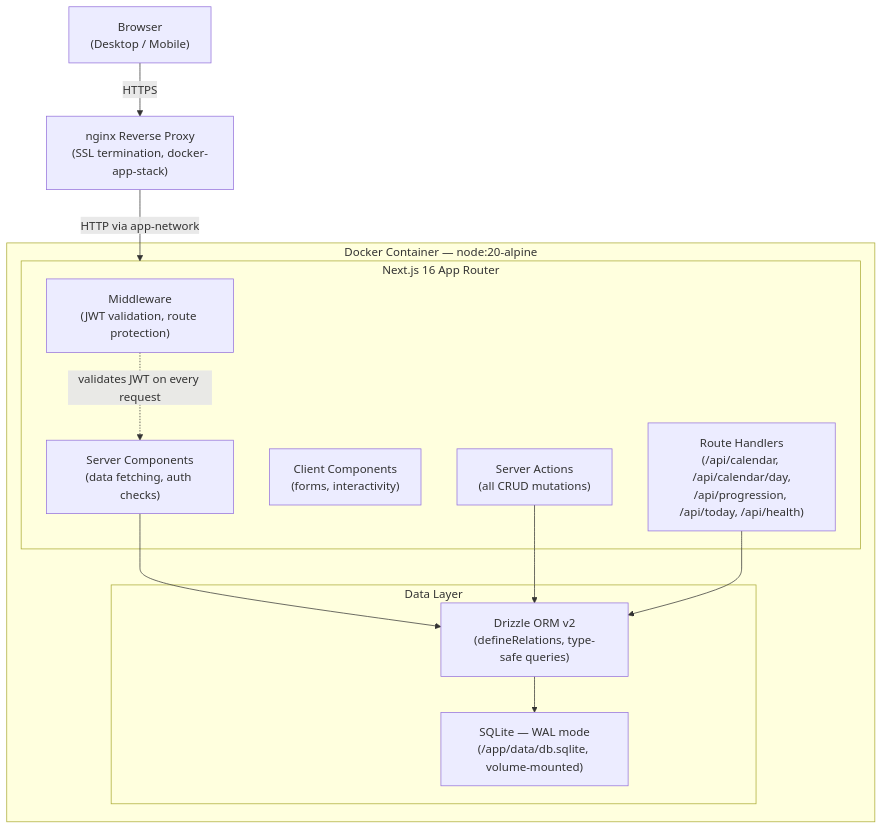
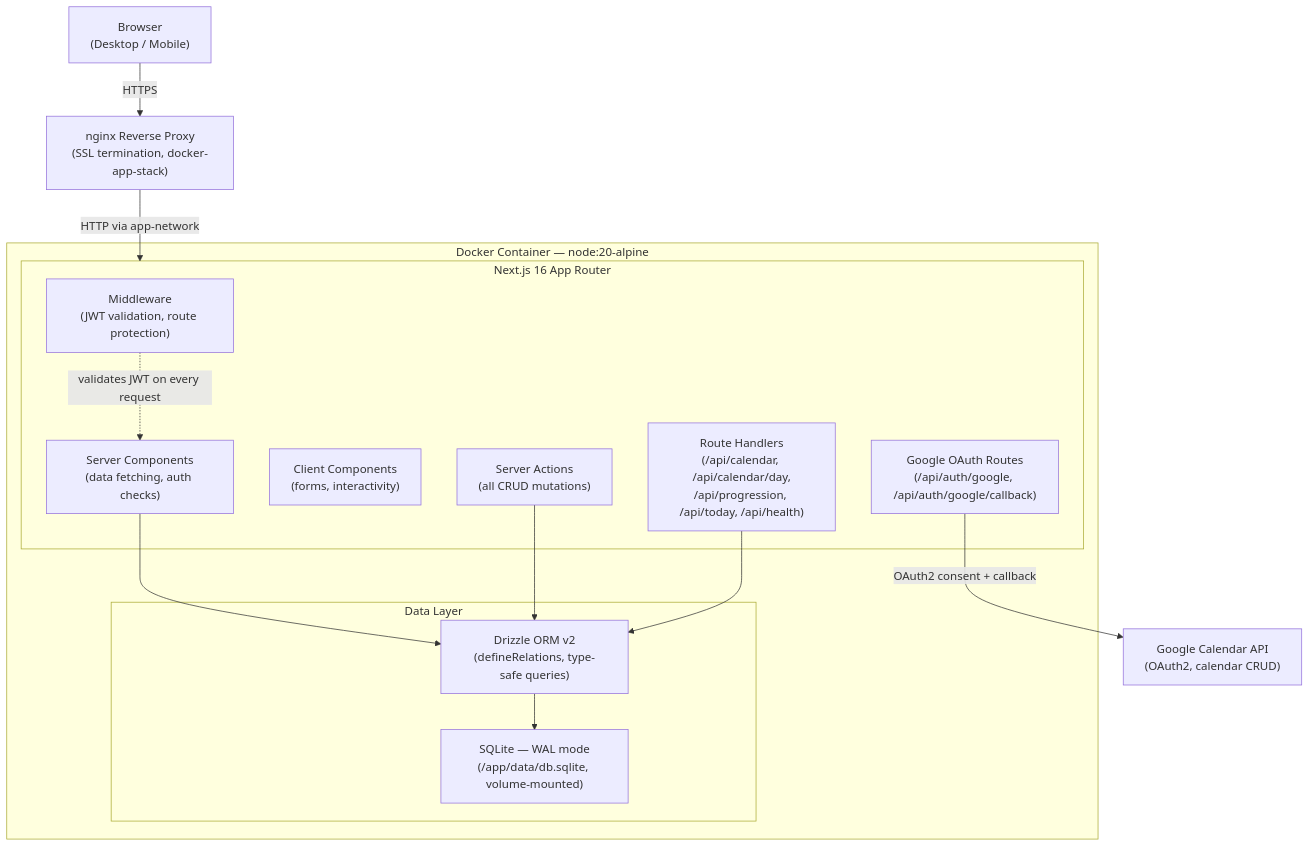
Before and after one commit to yaronmolho1/fitness-app: the first of 2 diagrams in docs/architecture.md, drawn with Mermaid. The commit also changed other lines of this file and 14 other files, not shown here.

First line of the commit message:
feat: [T204] Google OAuth route handlers + client (#467)

````diff
--- a/docs/architecture.md
+++ b/docs/architecture.md
@@ -19,28 +19,31 @@
 ```mermaid
 graph TD
     Browser["Browser\n(Desktop / Mobile)"]
     Nginx["nginx Reverse Proxy\n(SSL termination, docker-app-stack)"]
+    GoogleAPI["Google Calendar API\n(OAuth2, calendar CRUD)"]
 
     subgraph Docker["Docker Container — node:20-alpine"]
         subgraph NextApp["Next.js 16 App Router"]
             MW["Middleware\n(JWT validation, route protection)"]
             SC["Server Components\n(data fetching, auth checks)"]
             CC["Client Components\n(forms, interactivity)"]
             SA["Server Actions\n(all CRUD mutations)"]
             RH["Route Handlers\n(/api/calendar, /api/calendar/day,\n/api/progression, /api/today, /api/health)"]
+            GoogleAuth["Google OAuth Routes\n(/api/auth/google, /api/auth/google/callback)"]
         end
 
         subgraph DataLayer["Data Layer"]
             Drizzle["Drizzle ORM v2\n(defineRelations, type-safe queries)"]
             SQLite["SQLite — WAL mode\n(/app/data/db.sqlite, volume-mounted)"]
         end
     end
 
     Browser -->|HTTPS| Nginx
     Nginx -->|HTTP via app-network| NextApp
     MW -.->|validates JWT on every request| SC
     SC --> Drizzle
     SA --> Drizzle
     RH --> Drizzle
     Drizzle --> SQLite
+    GoogleAuth -->|OAuth2 consent + callback| GoogleAPI
 ```
````
